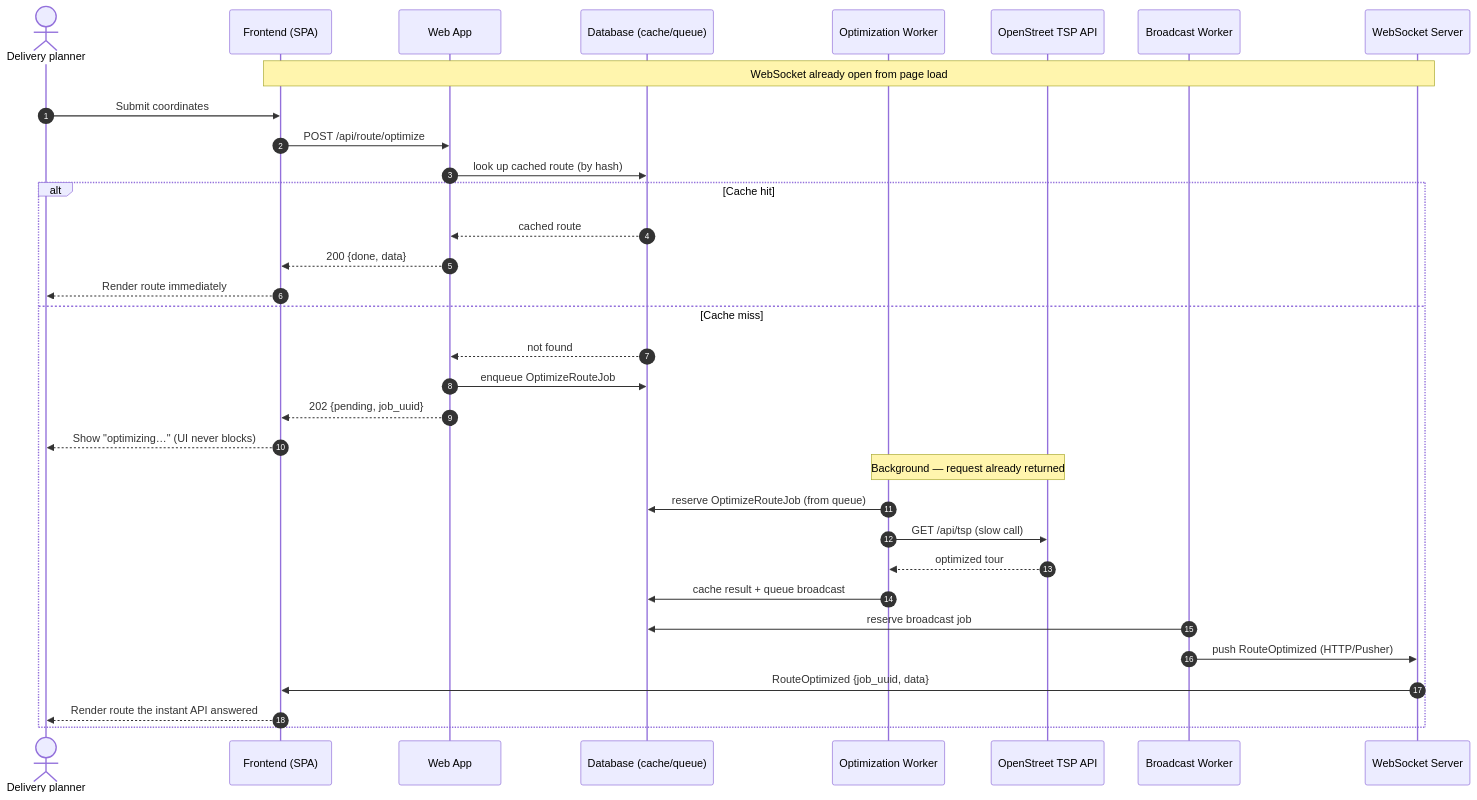
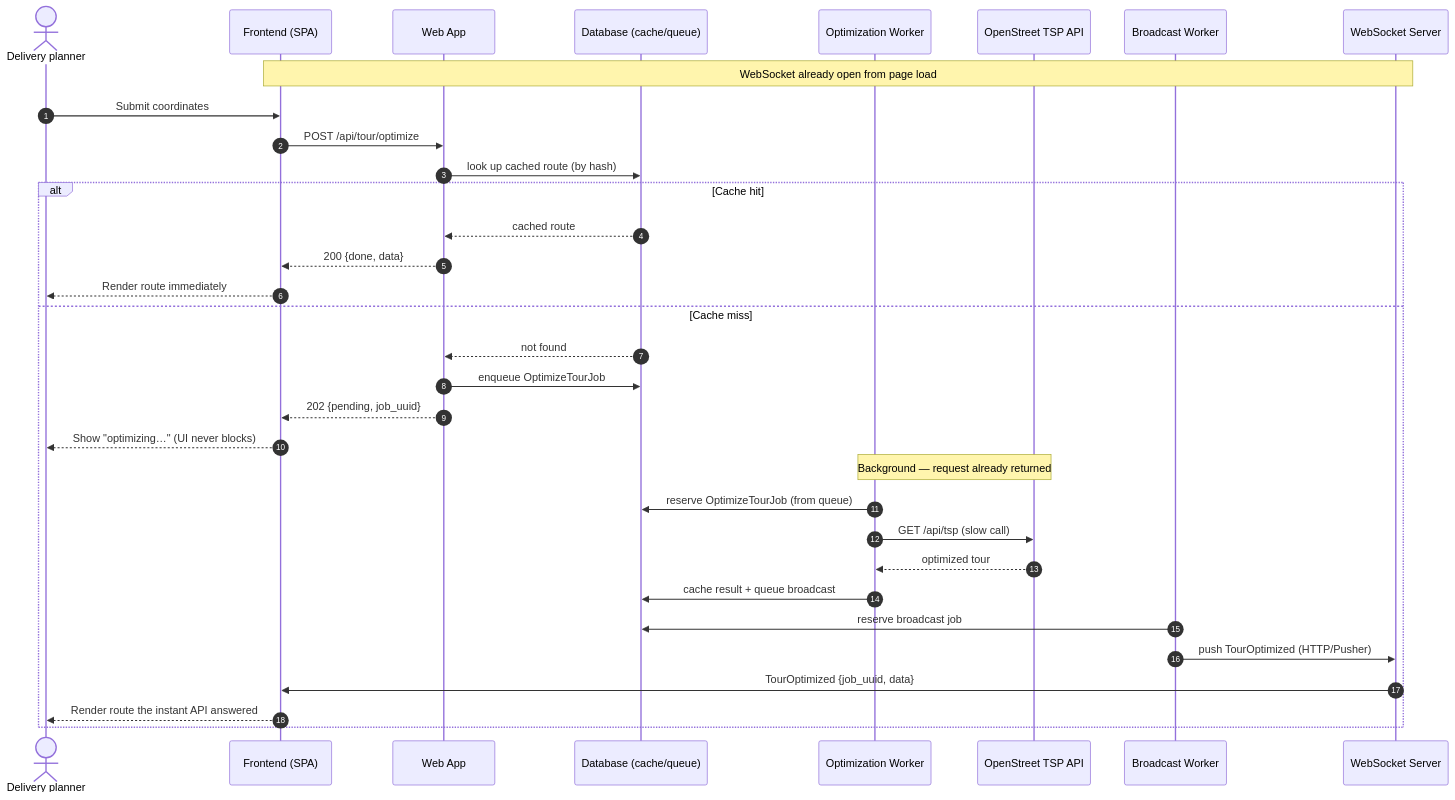
The fourth of 4 diagrams in specs/001-delivery-route-optimization/architecture.md (Bruoche/optistock), drawn with Mermaid before and after one commit. The commit also changed other lines of this file and 23 other files, not shown here.

Commit message:
Renaming ambiguous "Route" by more explicit "Tour"

````diff
--- a/specs/001-delivery-route-optimization/architecture.md
+++ b/specs/001-delivery-route-optimization/architecture.md
@@ -184,39 +184,39 @@
 ```mermaid
 sequenceDiagram
     autonumber
     actor U as Delivery planner
     participant F as Frontend (SPA)
     participant W as Web App
     participant DB as Database (cache/queue)
     participant Q as Optimization Worker
     participant API as OpenStreet TSP API
     participant BW as Broadcast Worker
     participant WS as WebSocket Server
 
     Note over F,WS: WebSocket already open from page load
 
     U->>F: Submit coordinates
-    F->>W: POST /api/route/optimize
+    F->>W: POST /api/tour/optimize
     W->>DB: look up cached route (by hash)
 
     alt Cache hit
         DB-->>W: cached route
         W-->>F: 200 {done, data}
         F-->>U: Render route immediately
     else Cache miss
         DB-->>W: not found
-        W->>DB: enqueue OptimizeRouteJob
+        W->>DB: enqueue OptimizeTourJob
         W-->>F: 202 {pending, job_uuid}
         F-->>U: Show "optimizing…" (UI never blocks)
 
         Note over Q,API: Background — request already returned
-        Q->>DB: reserve OptimizeRouteJob (from queue)
+        Q->>DB: reserve OptimizeTourJob (from queue)
         Q->>API: GET /api/tsp (slow call)
         API-->>Q: optimized tour
         Q->>DB: cache result + queue broadcast
         BW->>DB: reserve broadcast job
-        BW->>WS: push RouteOptimized (HTTP/Pusher)
-        WS->>F: RouteOptimized {job_uuid, data}
+        BW->>WS: push TourOptimized (HTTP/Pusher)
+        WS->>F: TourOptimized {job_uuid, data}
         F-->>U: Render route the instant API answered
     end
 ```
````
